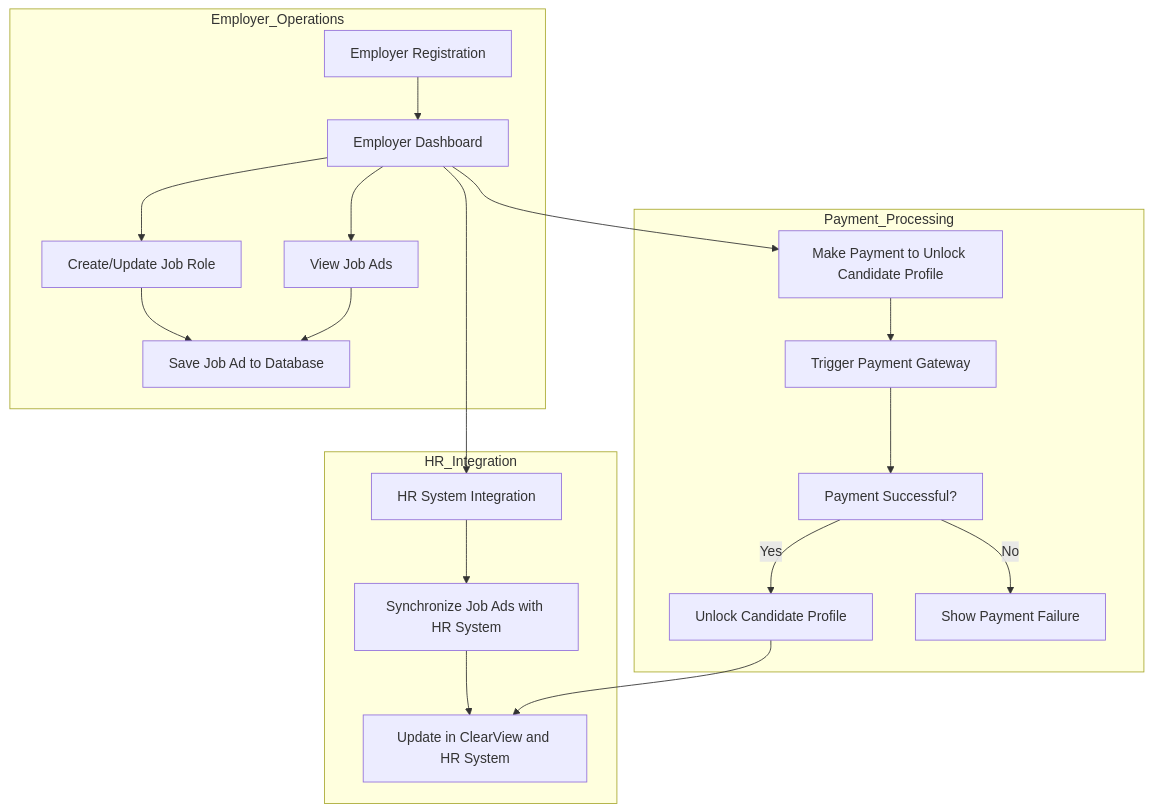
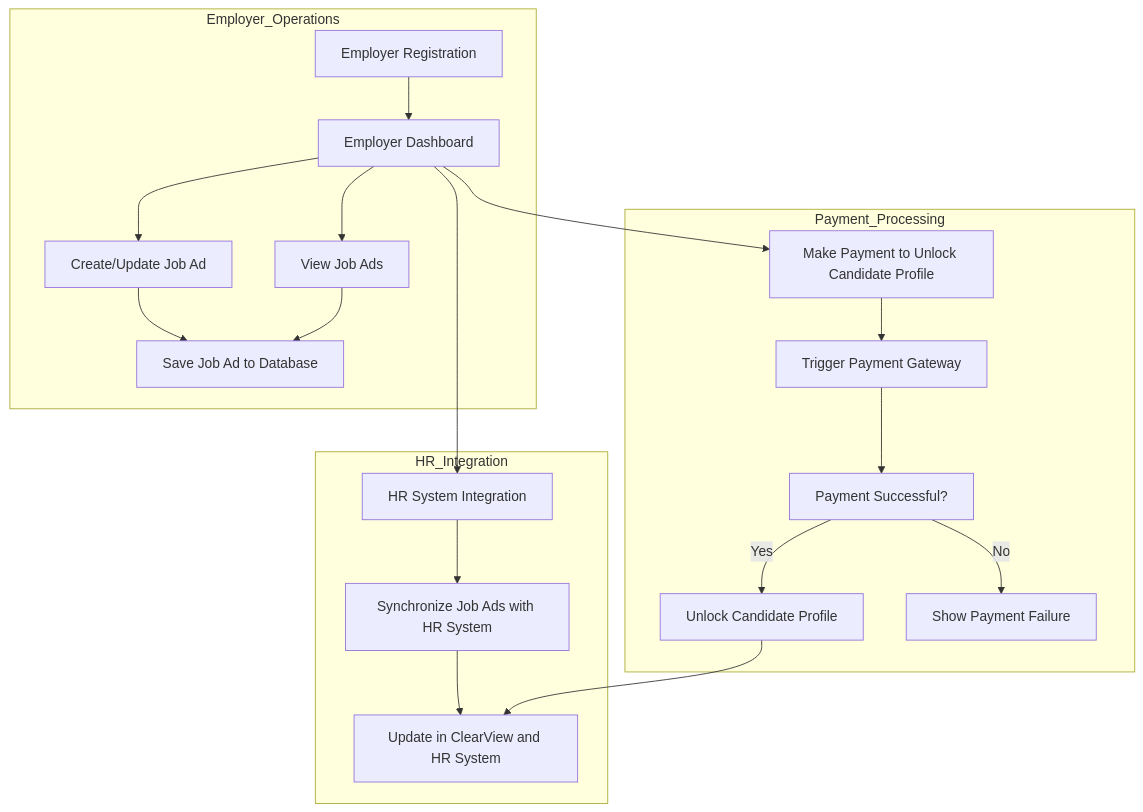
Before and after one commit to goranzoranovic2910/archkata2024: diagram 13 of 15 in README.md, drawn with Mermaid. The commit also changed other lines of this file, not shown here.

Commit message:
Renaming Job Roles to Job Ads troughout the document and diagrams

````diff
--- a/README.md
+++ b/README.md
@@ -1004,25 +1004,25 @@
 ``` mermaid
 graph TD
     subgraph Employer_Operations
         A[Employer Registration] --> B[Employer Dashboard]
-        B --> C[Create/Update Job Role]
+        B --> C[Create/Update Job Ad]
         B --> D[View Job Ads]
         C --> F[Save Job Ad to Database]
         D --> F
     end
 
     subgraph Payment_Processing
         B --> E[Make Payment to Unlock Candidate Profile]
         E --> G[Trigger Payment Gateway]
         G --> H[Payment Successful?]
         H -->|Yes| I[Unlock Candidate Profile]
         H -->|No| J[Show Payment Failure]
     end
     
     subgraph HR_Integration
         B --> K[HR System Integration]
         K --> L[Synchronize Job Ads with HR System]
         L --> M[Update in ClearView and HR System]
         I --> M
     end
 ```
````
